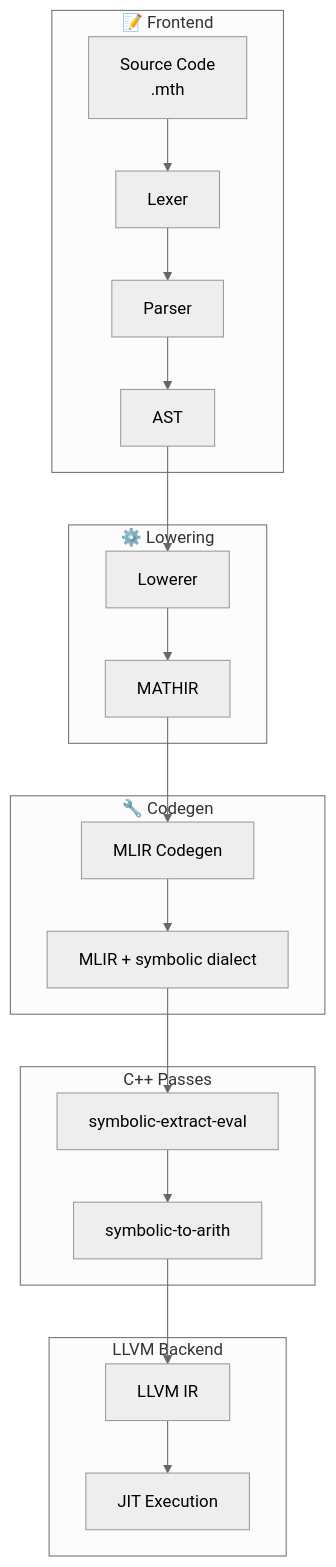
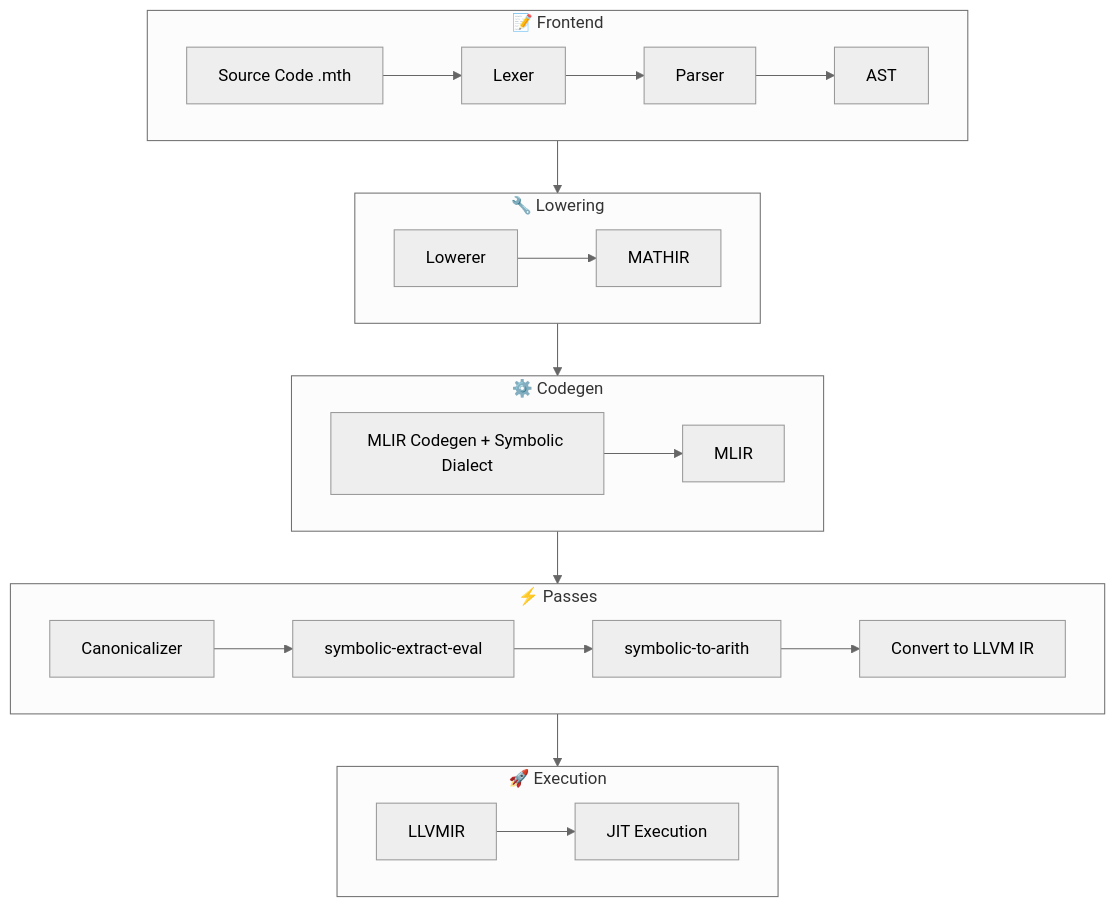
One commit to FrancoGiachetta/mathic changed the diagram in docs/README.md. Above: the diagram before and after it, drawn with Mermaid (neutral theme). The commit also changed other lines of this file and 3 other files, not shown here.

````diff
--- a/docs/README.md
+++ b/docs/README.md
@@ -74,30 +77,32 @@
 ```mermaid
 flowchart TD
     subgraph Frontend["📝 Frontend"]
-        Source[Source Code<br/>.mth]
-        Lexer[Lexer]
-        Parser[Parser]
-        AST[AST]
-        Source --> Lexer --> Parser --> AST
+        direction LR
+        Source[Source Code .mth] --> Lexer --> Parser --> AST
     end
 
-    subgraph Lowering["⚙️ Lowering"]
-        AST --> Lowerer[Lowerer]
-        Lowerer --> IR[MATHIR]
+    subgraph Lowering["🔧 Lowering"]
+        direction LR
+        Lowerer --> MATHIR
     end
 
-    subgraph Codegen["🔧 Codegen"]
-        IR --> MLIRGen[MLIR Codegen]
-        MLIRGen --> Symbolic[MLIR + symbolic dialect]
+    subgraph Codegen["⚙️ Codegen"]
+        direction LR
+        MLIR[MLIR Codegen + Symbolic Dialect]
+        MLIR --> Output[MLIR]
     end
 
-    subgraph Passes["C++ Passes"]
-        Symbolic --> ExtractEval[symbolic-extract-eval]
-        ExtractEval --> ToArith[symbolic-to-arith]
+    subgraph Passes["⚡ Passes"]
+        direction LR
+        Canonicalizer --> ExtractEval[symbolic-extract-eval] --> ToArith[symbolic-to-arith] --> LLVM[Convert to LLVM IR]
     end
 
-    subgraph LLVMBackend["LLVM Backend"]
-        ToArith --> LLVM[LLVM IR]
-        LLVM --> JIT[JIT Execution]
+    subgraph Execution["🚀 Execution"]
+        direction LR
+        LLVMIR --> JIT[JIT Execution]
     end
+
+    Frontend --> Lowering --> Codegen
+    Codegen --> Passes
+    Passes --> Execution
 ```
````
